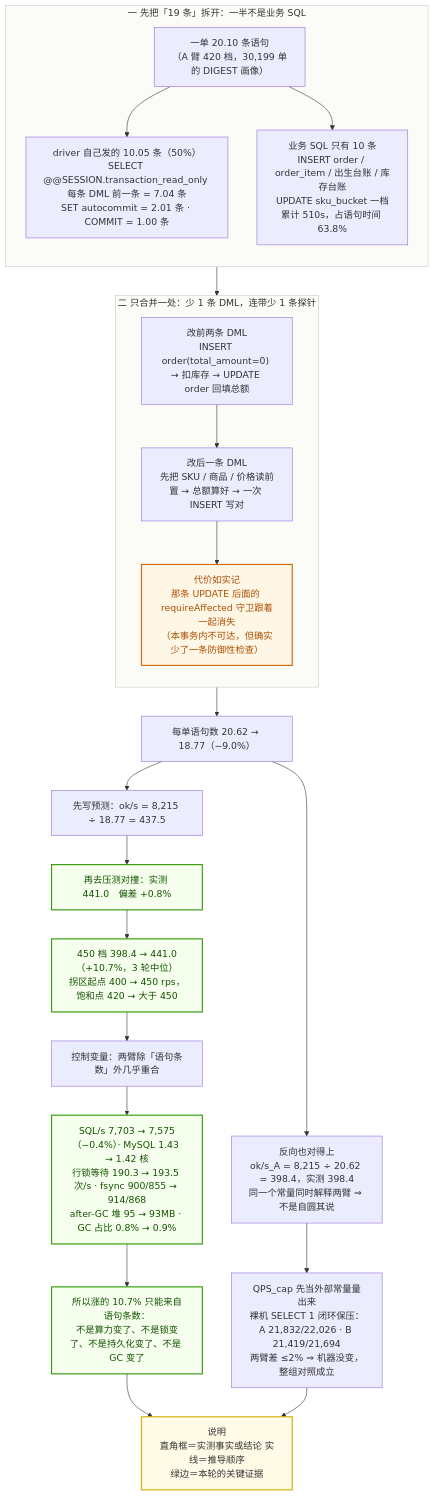
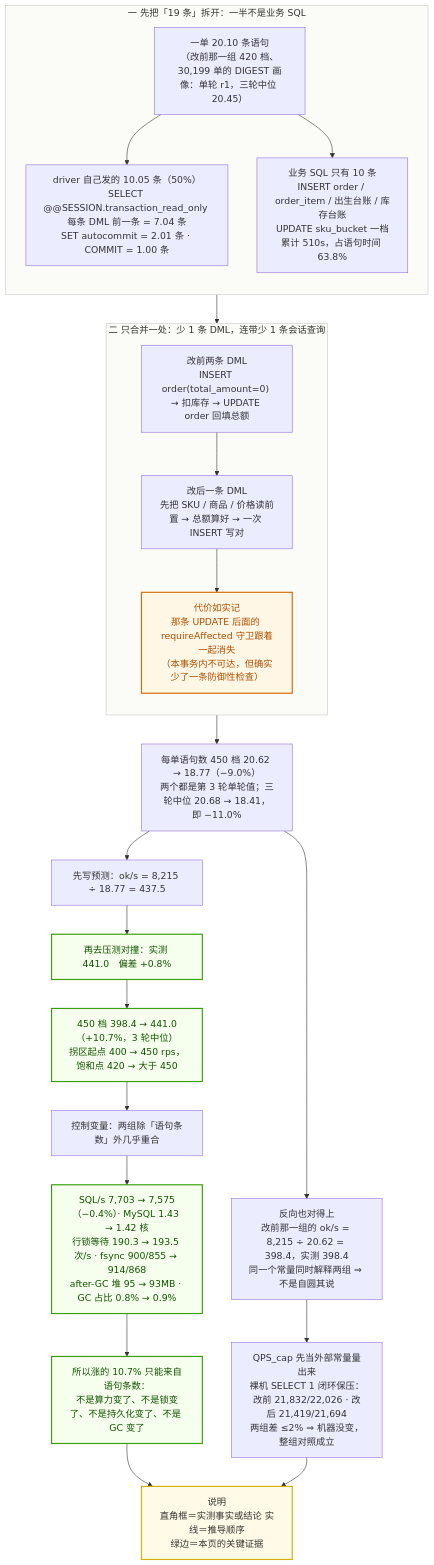
The diagram in docs/flows/02-业务场景/性能与容量/每单19条SQL/1-SQL画像与一处合并.mmd (zzy-repo/qiqi-mall), drawn with Mermaid before and after one commit. The commit also changed 231 other files, not shown here.

```diff
--- a/docs/flows/02-业务场景/性能与容量/每单19条SQL/1-SQL画像与一处合并.mmd
+++ b/docs/flows/02-业务场景/性能与容量/每单19条SQL/1-SQL画像与一处合并.mmd
@@ -1,44 +1,44 @@
 flowchart TB
     subgraph PIC["一 先把「19 条」拆开：一半不是业务 SQL"]
         direction TB
-        P1["一单 20.10 条语句<br/>（A 臂 420 档，30,199 单的 DIGEST 画像）"]
+        P1["一单 20.10 条语句<br/>（改前那一组 420 档、30,199 单的 DIGEST 画像：单轮 r1，三轮中位 20.45）"]
         P2["driver 自己发的 10.05 条（50%）<br/>SELECT @@SESSION.transaction_read_only 每条 DML 前一条 = 7.04 条<br/>SET autocommit = 2.01 条 · COMMIT = 1.00 条"]
         P3["业务 SQL 只有 10 条<br/>INSERT order / order_item / 出生台账 / 库存台账<br/>UPDATE sku_bucket 一档累计 510s，占语句时间 63.8%"]
         P1 --> P2
         P1 --> P3
     end
 
-    subgraph FIX["二 只合并一处：少 1 条 DML，连带少 1 条探针"]
+    subgraph FIX["二 只合并一处：少 1 条 DML，连带少 1 条会话查询"]
         direction TB
         F1["改前两条 DML<br/>INSERT order(total_amount=0) → 扣库存 → UPDATE order 回填总额"]
         F2["改后一条 DML<br/>先把 SKU / 商品 / 价格读前置 → 总额算好 → 一次 INSERT 写对"]
         F1 --> F2
         F2 --> F3["代价如实记<br/>那条 UPDATE 后面的 requireAffected 守卫跟着一起消失<br/>（本事务内不可达，但确实少了一条防御性检查）"]
     end
 
     PIC --> FIX
 
-    F2 --> R1["每单语句数 20.62 → 18.77（−9.0%）"]
+    F2 --> R1["每单语句数 450 档 20.62 → 18.77（−9.0%）<br/>两个都是第 3 轮单轮值；三轮中位 20.68 → 18.41，即 −11.0%"]
     R1 --> R2["先写预测：ok/s = 8,215 ÷ 18.77 = 437.5"]
     R2 --> R3["再去压测对撞：实测 441.0　偏差 +0.8%"]
     R3 --> R4["450 档 398.4 → 441.0（+10.7%，3 轮中位）<br/>拐区起点 400 → 450 rps，饱和点 420 → 大于 450"]
-    R4 --> C1["控制变量：两臂除「语句条数」外几乎重合"]
+    R4 --> C1["控制变量：两组除「语句条数」外几乎重合"]
     C1 --> C2["SQL/s 7,703 → 7,575（−0.4%）· MySQL 1.43 → 1.42 核<br/>行锁等待 190.3 → 193.5 次/s · fsync 900/855 → 914/868<br/>after-GC 堆 95 → 93MB · GC 占比 0.8% → 0.9%"]
     C2 --> C3["所以涨的 10.7% 只能来自语句条数：<br/>不是算力变了、不是锁变了、不是持久化变了、不是 GC 变了"]
 
-    REV["反向也对得上<br/>ok/s_A = 8,215 ÷ 20.62 = 398.4，实测 398.4<br/>同一个常量同时解释两臂 ⇒ 不是自圆其说"]
-    EXT["QPS_cap 先当外部常量量出来<br/>裸机 SELECT 1 闭环保压：A 21,832/22,026 · B 21,419/21,694<br/>两臂差 ≤2% ⇒ 机器没变，整组对照成立"]
+    REV["反向也对得上<br/>改前那一组的 ok/s = 8,215 ÷ 20.62 = 398.4，实测 398.4<br/>同一个常量同时解释两组 ⇒ 不是自圆其说"]
+    EXT["QPS_cap 先当外部常量量出来<br/>裸机 SELECT 1 闭环保压：改前 21,832/22,026 · 改后 21,419/21,694<br/>两组差 ≤2% ⇒ 机器没变，整组对照成立"]
 
     R1 --> REV
     REV --> EXT
-    C3 --> LG["说明<br/>直角框＝实测事实或结论 实线＝推导顺序<br/>绿边＝本轮的关键证据"]
+    C3 --> LG["说明<br/>直角框＝实测事实或结论 实线＝推导顺序<br/>绿边＝本页的关键证据"]
     EXT --> LG
 
     classDef go fill:#f6ffed,stroke:#389e0d,stroke-width:2px,color:#135200
     classDef legend fill:#fffbe6,stroke:#d4b106,stroke-width:2px
     classDef band fill:#fbfbf7,stroke:#c9c9c9,stroke-width:1px,color:#333
     classDef warn fill:#fff7e6,stroke:#d46b08,stroke-width:2px,color:#ad4e00
     class R3,R4,C2,C3 go
     class F3 warn
     class LG legend
     class PIC,FIX band
```
